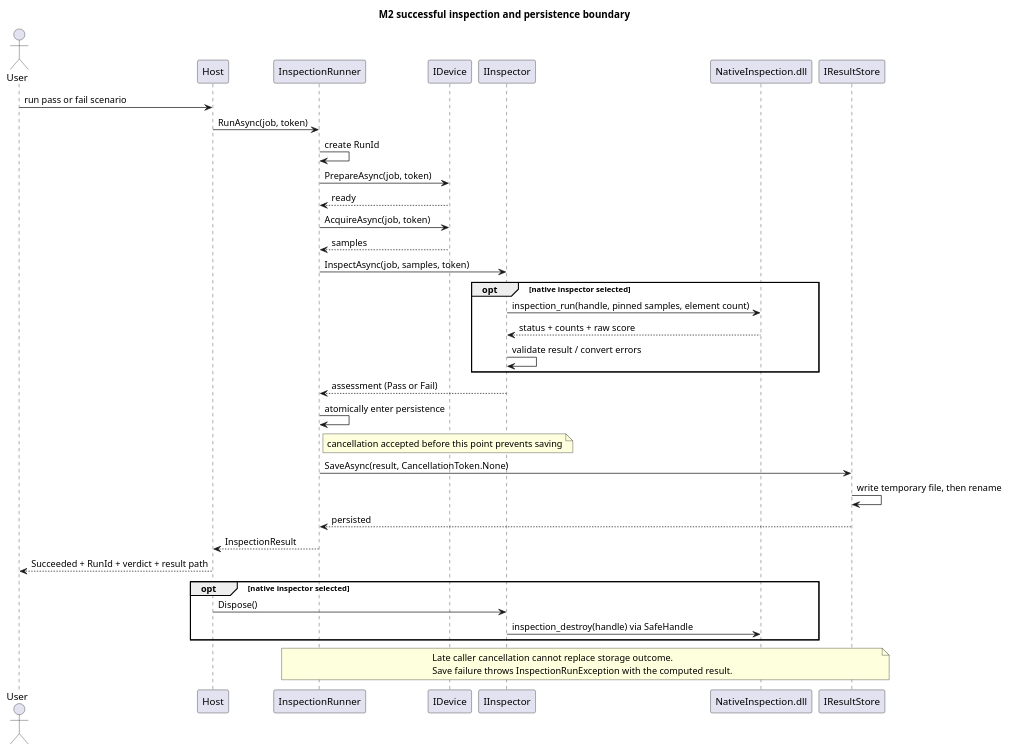
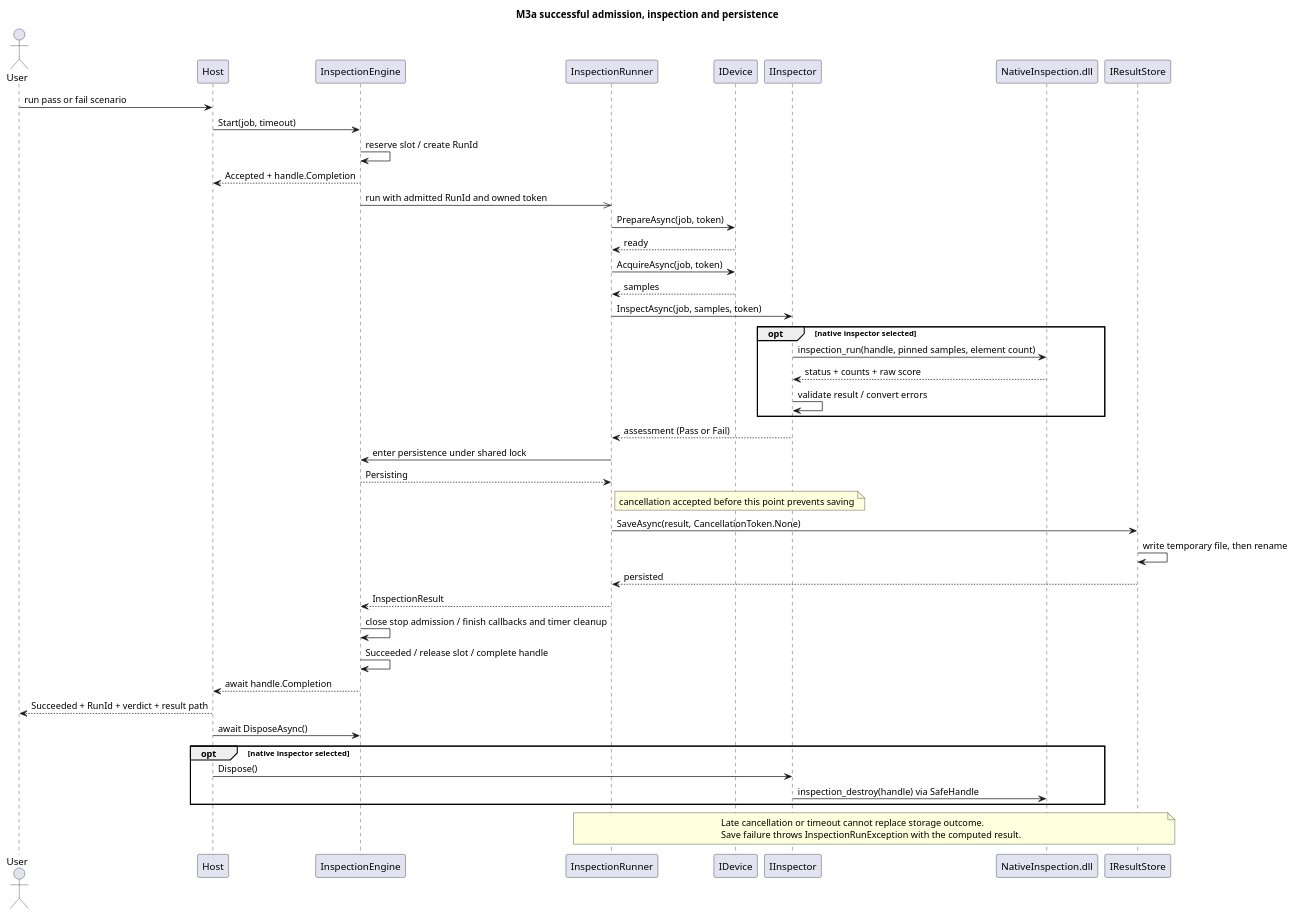
One commit to Myoungmin/CSharp-InspectionCore-Lab changed the diagram in docs/diagrams/run-sequence.puml. Above: the diagram before and after it, drawn with PlantUML. The commit also changed 34 other files, not shown here.

Commit message:
feat: add single-run engine with cancellation and timeouts

```diff
--- a/docs/diagrams/run-sequence.puml
+++ b/docs/diagrams/run-sequence.puml
@@ -1,39 +1,47 @@
 @startuml run-sequence
-title M2 successful inspection and persistence boundary
+title M3a successful admission, inspection and persistence
 actor User
 participant Host
+participant InspectionEngine as Engine
 participant InspectionRunner as Runner
 participant IDevice as Device
 participant IInspector as Inspector
 participant "NativeInspection.dll" as DLL
 participant IResultStore as Store
 User -> Host : run pass or fail scenario
-Host -> Runner : RunAsync(job, token)
-Runner -> Runner : create RunId
+Host -> Engine : Start(job, timeout)
+Engine -> Engine : reserve slot / create RunId
+Engine --> Host : Accepted + handle.Completion
+Engine ->> Runner : run with admitted RunId and owned token
 Runner -> Device : PrepareAsync(job, token)
 Device --> Runner : ready
 Runner -> Device : AcquireAsync(job, token)
 Device --> Runner : samples
 Runner -> Inspector : InspectAsync(job, samples, token)
 opt native inspector selected
 Inspector -> DLL : inspection_run(handle, pinned samples, element count)
 DLL --> Inspector : status + counts + raw score
 Inspector -> Inspector : validate result / convert errors
 end
 Inspector --> Runner : assessment (Pass or Fail)
-Runner -> Runner : atomically enter persistence
+Runner -> Engine : enter persistence under shared lock
+Engine --> Runner : Persisting
 note right of Runner : cancellation accepted before this point prevents saving
 Runner -> Store : SaveAsync(result, CancellationToken.None)
 Store -> Store : write temporary file, then rename
 Store --> Runner : persisted
-Runner --> Host : InspectionResult
+Runner --> Engine : InspectionResult
+Engine -> Engine : close stop admission / finish callbacks and timer cleanup
+Engine -> Engine : Succeeded / release slot / complete handle
+Engine --> Host : await handle.Completion
 Host --> User : Succeeded + RunId + verdict + result path
+Host -> Engine : await DisposeAsync()
 opt native inspector selected
 Host -> Inspector : Dispose()
 Inspector -> DLL : inspection_destroy(handle) via SafeHandle
 end
 note over Runner, Store
-Late caller cancellation cannot replace storage outcome.
+Late cancellation or timeout cannot replace storage outcome.
 Save failure throws InspectionRunException with the computed result.
 end note
 @enduml
```
